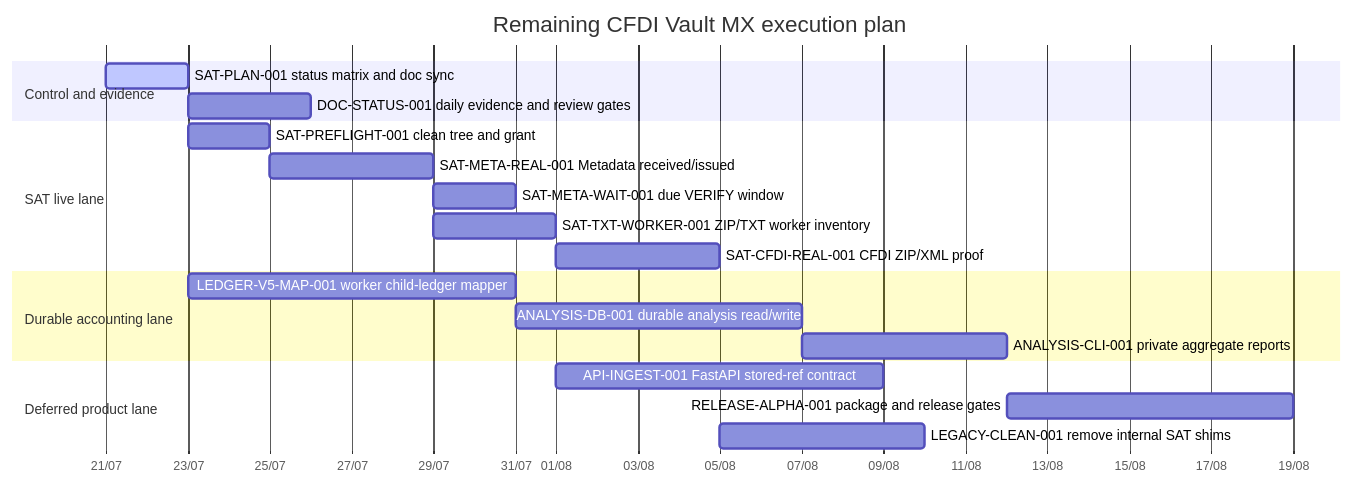
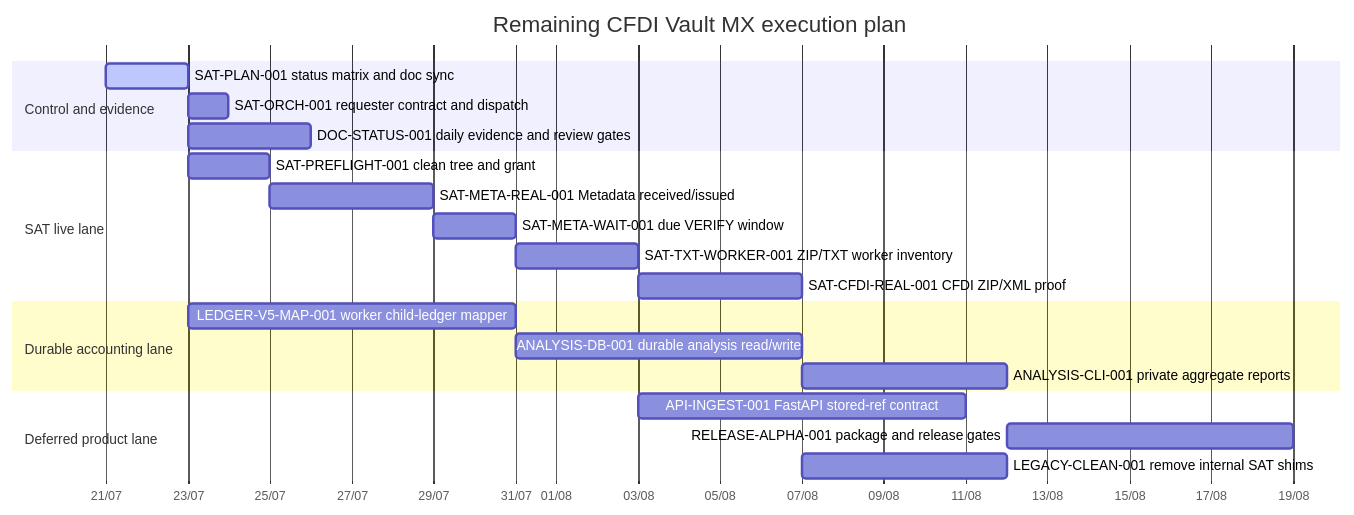
Before and after one commit to Crls8a/cfdi-vault-mx: the diagram in docs/planning/sat-program/master-plan.md, drawn with Mermaid. The commit also changed 5 other files, not shown here.

````diff
--- a/docs/planning/sat-program/master-plan.md
+++ b/docs/planning/sat-program/master-plan.md
@@ -20,27 +20,28 @@
 ```mermaid
 gantt
     title Remaining CFDI Vault MX execution plan
     dateFormat  YYYY-MM-DD
     axisFormat  %d/%m
 
     section Control and evidence
     SAT-PLAN-001 status matrix and doc sync       :active, plan, 2026-07-21, 2d
+    SAT-ORCH-001 requester contract and dispatch  :orch, after plan, 1d
     DOC-STATUS-001 daily evidence and review gates :docs, after plan, 3d
 
     section SAT live lane
     SAT-PREFLIGHT-001 clean tree and grant        :preflight, after plan, 2d
     SAT-META-REAL-001 Metadata received/issued    :meta, after preflight, 4d
     SAT-META-WAIT-001 due VERIFY window           :wait, after meta, 2d
-    SAT-TXT-WORKER-001 ZIP/TXT worker inventory   :txt, after meta, 3d
+    SAT-TXT-WORKER-001 ZIP/TXT worker inventory   :txt, after wait, 3d
     SAT-CFDI-REAL-001 CFDI ZIP/XML proof          :xml, after txt, 4d
 
     section Durable accounting lane
     LEDGER-V5-MAP-001 worker child-ledger mapper  :v5, 2026-07-23, 8d
     ANALYSIS-DB-001 durable analysis read/write   :analysisdb, after v5, 7d
     ANALYSIS-CLI-001 private aggregate reports    :analysiscli, after analysisdb, 5d
 
     section Deferred product lane
     API-INGEST-001 FastAPI stored-ref contract    :api, after txt, 8d
     RELEASE-ALPHA-001 package and release gates  :release, after analysiscli, 7d
     LEGACY-CLEAN-001 remove internal SAT shims    :cleanup, after xml, 5d
 ```
````
